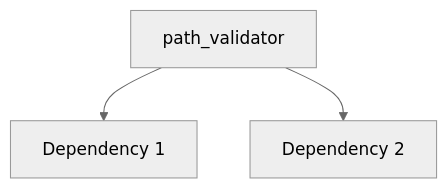
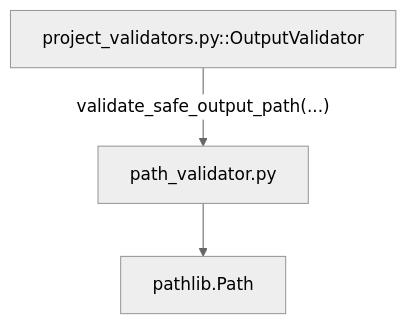
The diagram in docs/code_walkthrough_en_v2/path_validator.md (geociencio/sec_interp), drawn with Mermaid (neutral theme) before and after one commit. The commit also changed other lines of this file and 99 other files, not shown here.

````diff
--- a/docs/code_walkthrough_en_v2/path_validator.md
+++ b/docs/code_walkthrough_en_v2/path_validator.md
@@ -40,6 +50,9 @@
 ```mermaid
 graph TD
-    A["path_validator"]
-    A --> B["Dependency 1"]
-    A --> C["Dependency 2"]
+    PV["path_validator.py"]
+    PL["pathlib.Path"]
+    OV["project_validators.py::OutputValidator"]
+
+    PV --> PL
+    OV -->|"validate_safe_output_path(...)"| PV
 ```
````
